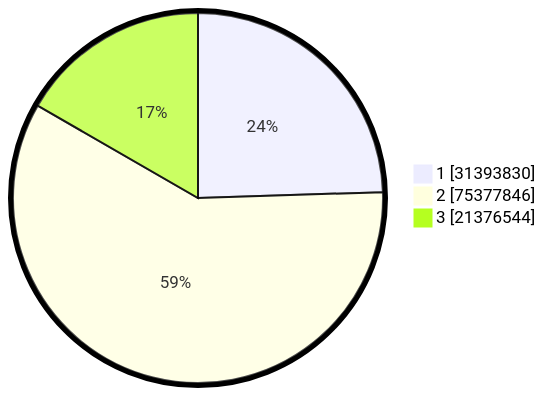
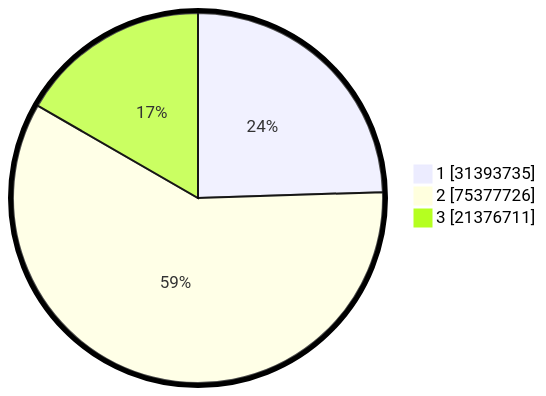
The second of 2 diagrams in pilpres/hitung-suara/README.md (gigit-pemilu/pemilu-2024), drawn with Mermaid before and after one commit. The commit also changed other lines of this file and 10 other files, not shown here.

````diff
--- a/pilpres/hitung-suara/README.md
+++ b/pilpres/hitung-suara/README.md
@@ -93,7 +93,7 @@
 ```mermaid
 %%{init: {"pie": {"textPosition": 0.5}, "themeVariables": {"pieOuterStrokeWidth": "5px"}} }%%
 pie showData
-    "1" : 31393830
-    "2" : 75377846
-    "3" : 21376544
+    "1" : 31393735
+    "2" : 75377726
+    "3" : 21376711
 ```
````
